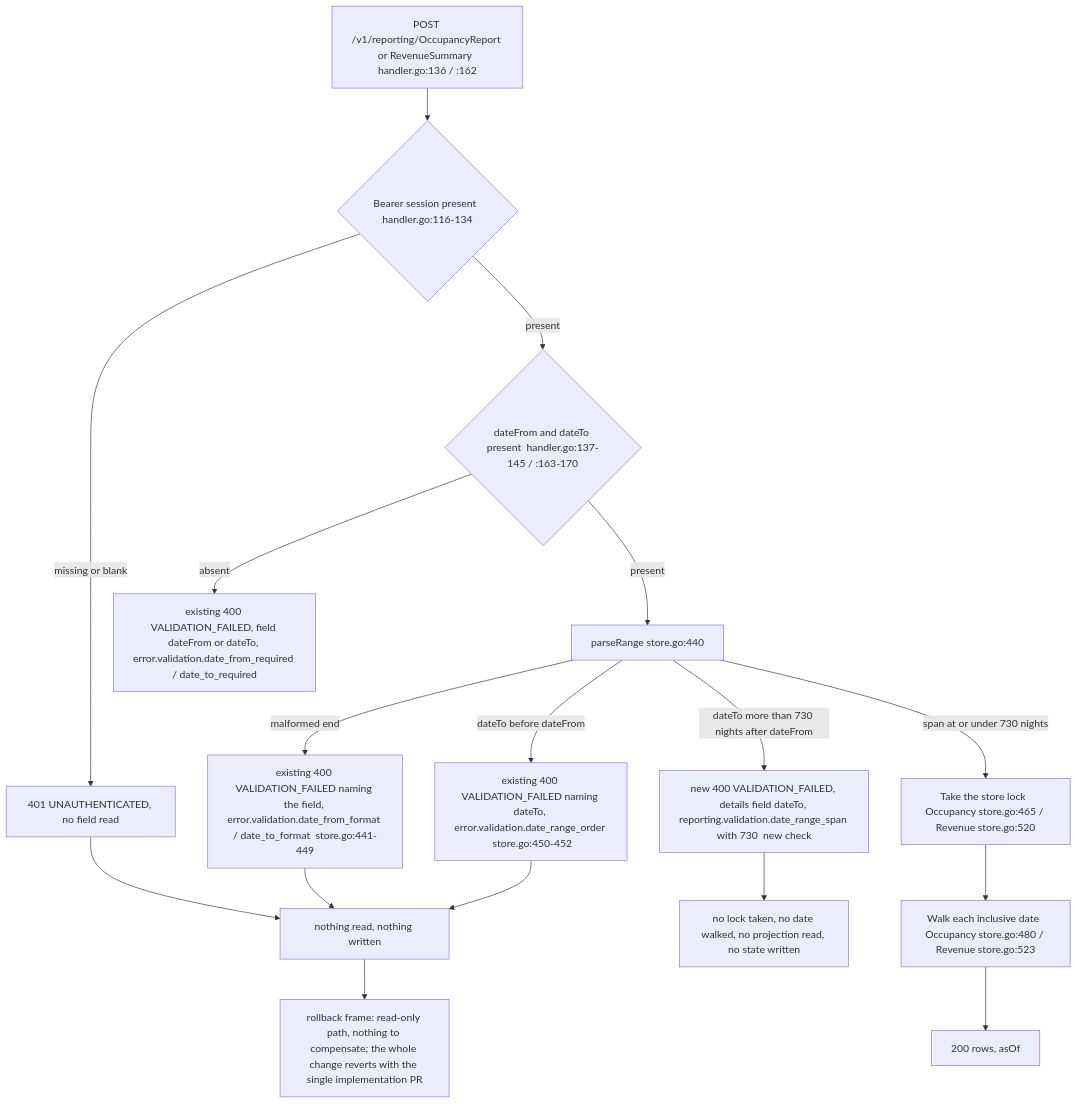
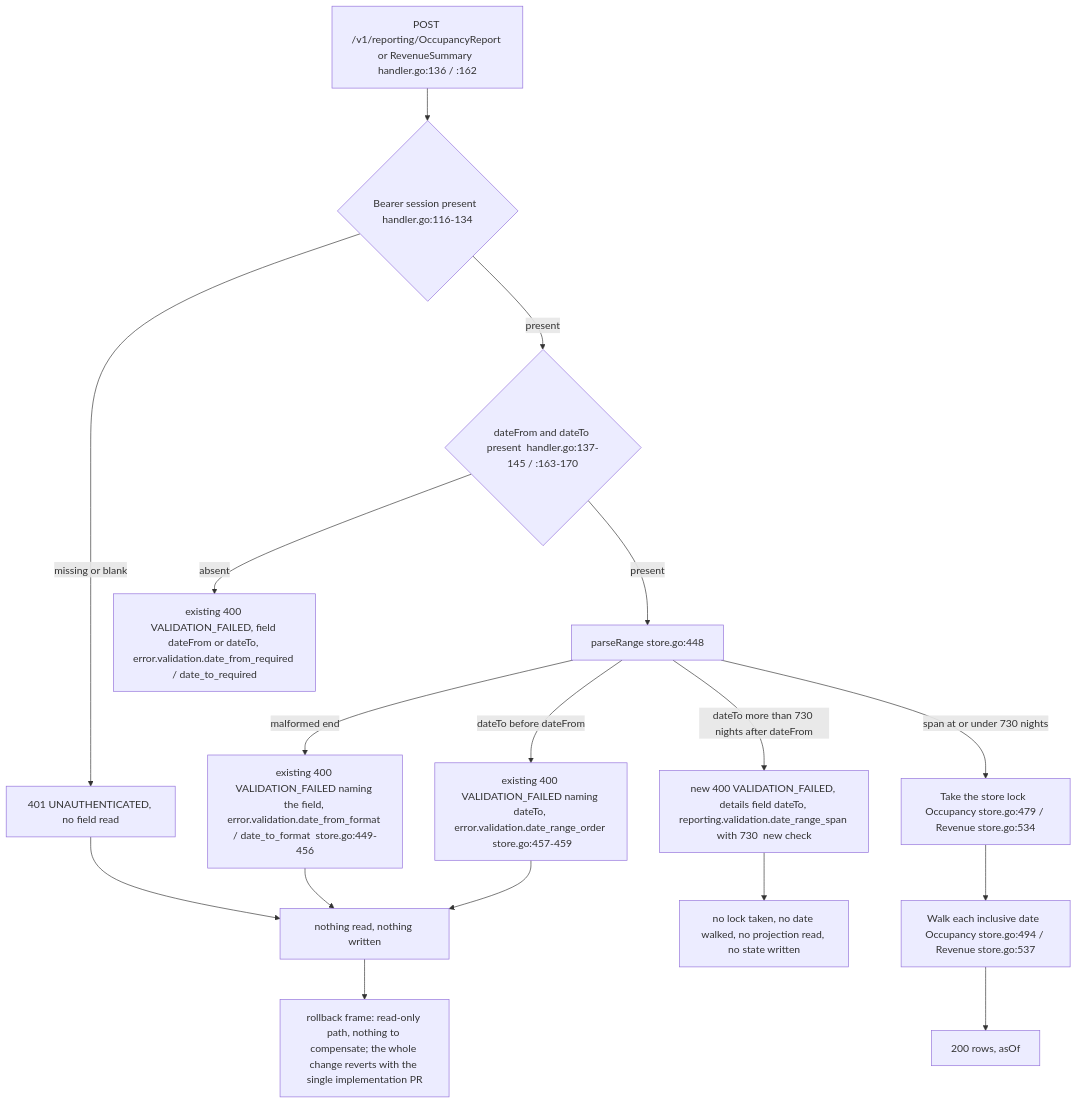
Diagram 52 of 52 in docs/architecture/lld.md (MingChen1501/hotel-mgmt), drawn with Mermaid before and after one commit. The commit also changed other lines of this file and 20 other files, not shown here.

First line of the commit message:
fix(reporting): Cap report date ranges at 730 nights (#727)

````diff
--- a/docs/architecture/lld.md
+++ b/docs/architecture/lld.md
@@ -6155,19 +6155,19 @@
 ```mermaid
 flowchart TD
     A[POST /v1/reporting/OccupancyReport or RevenueSummary  handler.go:136 / :162] --> B{Bearer session present  handler.go:116-134}
     B -->|missing or blank| X1[401 UNAUTHENTICATED, no field read]
     B -->|present| C{dateFrom and dateTo present  handler.go:137-145 / :163-170}
     C -->|absent| X2[existing 400 VALIDATION_FAILED, field dateFrom or dateTo, error.validation.date_from_required / date_to_required]
-    C -->|present| D[parseRange  store.go:440]
-    D -->|malformed end| X3[existing 400 VALIDATION_FAILED naming the field, error.validation.date_from_format / date_to_format  store.go:441-449]
-    D -->|dateTo before dateFrom| X4[existing 400 VALIDATION_FAILED naming dateTo, error.validation.date_range_order  store.go:450-452]
+    C -->|present| D[parseRange  store.go:448]
+    D -->|malformed end| X3[existing 400 VALIDATION_FAILED naming the field, error.validation.date_from_format / date_to_format  store.go:449-456]
+    D -->|dateTo before dateFrom| X4[existing 400 VALIDATION_FAILED naming dateTo, error.validation.date_range_order  store.go:457-459]
     D -->|dateTo more than 730 nights after dateFrom| R[new 400 VALIDATION_FAILED, details field dateTo, reporting.validation.date_range_span with 730  new check]
-    D -->|span at or under 730 nights| E[Take the store lock  Occupancy store.go:465 / Revenue store.go:520]
-    E --> F[Walk each inclusive date  Occupancy store.go:480 / Revenue store.go:523]
+    D -->|span at or under 730 nights| E[Take the store lock  Occupancy store.go:479 / Revenue store.go:534]
+    E --> F[Walk each inclusive date  Occupancy store.go:494 / Revenue store.go:537]
     F --> G[200 rows, asOf]
     R --> N[no lock taken, no date walked, no projection read, no state written]
     X1 --> N2[nothing read, nothing written]
     X3 --> N2
     X4 --> N2
     N2 --> N3[rollback frame: read-only path, nothing to compensate; the whole change reverts with the single implementation PR]
 ```
````
